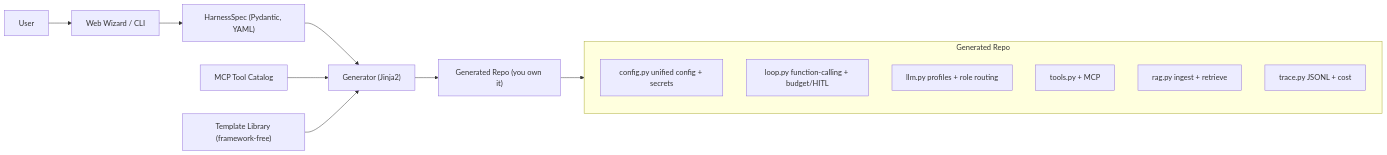
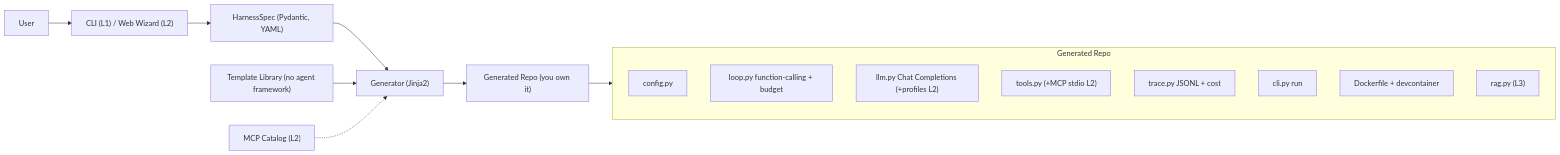
The diagram in README.md (EpisodeYu/HarnessSmith), drawn with Mermaid before and after one commit. The commit also changed other lines of this file and 3 other files, not shown here.

````diff
--- a/README.md
+++ b/README.md
@@ -69,18 +79,20 @@
 ```mermaid
 flowchart LR
-  user[User] --> wizard["Web Wizard / CLI"]
-  wizard --> spec["HarnessSpec (Pydantic, YAML)"]
+  user[User] --> entry["CLI (L1) / Web Wizard (L2)"]
+  entry --> spec["HarnessSpec (Pydantic, YAML)"]
   spec --> gen["Generator (Jinja2)"]
-  catalog["MCP Tool Catalog"] --> gen
-  templates["Template Library (framework-free)"] --> gen
+  templates["Template Library (no agent framework)"] --> gen
+  catalog["MCP Catalog (L2)"] -.-> gen
   gen --> repo["Generated Repo (you own it)"]
   subgraph repoInner [Generated Repo]
-    config["config.py unified config + secrets"]
-    loop["loop.py function-calling + budget/HITL"]
-    llm["llm.py profiles + role routing"]
-    tools["tools.py + MCP"]
-    rag["rag.py ingest + retrieve"]
+    config["config.py"]
+    loop["loop.py function-calling + budget"]
+    llm["llm.py Chat Completions (+profiles L2)"]
+    tools["tools.py (+MCP stdio L2)"]
     trace["trace.py JSONL + cost"]
+    cli["cli.py run"]
+    docker["Dockerfile + devcontainer"]
+    rag["rag.py (L3)"]
   end
   repo --> repoInner
 ```
````
